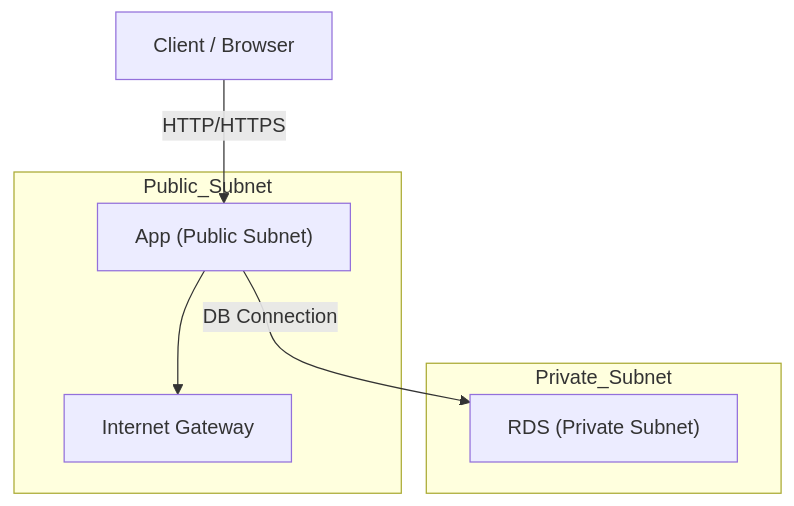
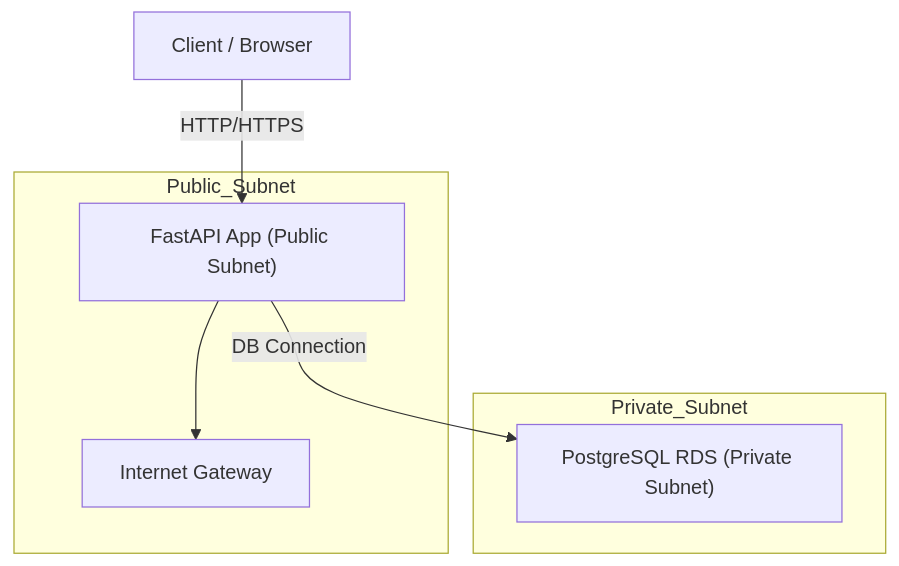
The diagram in README.md (desustanciao/tech-challenge-2), drawn with Mermaid before and after one commit. The commit also changed other lines of this file and 1 other file, not shown here.

````diff
--- a/README.md
+++ b/README.md
@@ -3,17 +38,13 @@
 ```mermaid
 flowchart TD
-
-    Client["Client / Browser"] -->|HTTP/HTTPS| App["App (Public Subnet)"]
-    App -->|DB Connection| DB["RDS (Private Subnet)"]
-
-    subgraph Public_Subnet
-        App
-        IGW["Internet Gateway"]
-    end
-
-    subgraph Private_Subnet
-        DB
-    end
-
-    App --> IGW
+  Client["Client / Browser"] -->|HTTP/HTTPS| App["FastAPI App (Public Subnet)"]
+  App -->|DB Connection| DB["PostgreSQL RDS (Private Subnet)"]
+  subgraph Public_Subnet
+      App
+      IGW["Internet Gateway"]
+  end
+  subgraph Private_Subnet
+      DB
+  end
+  App --> IGW
 ```
````
